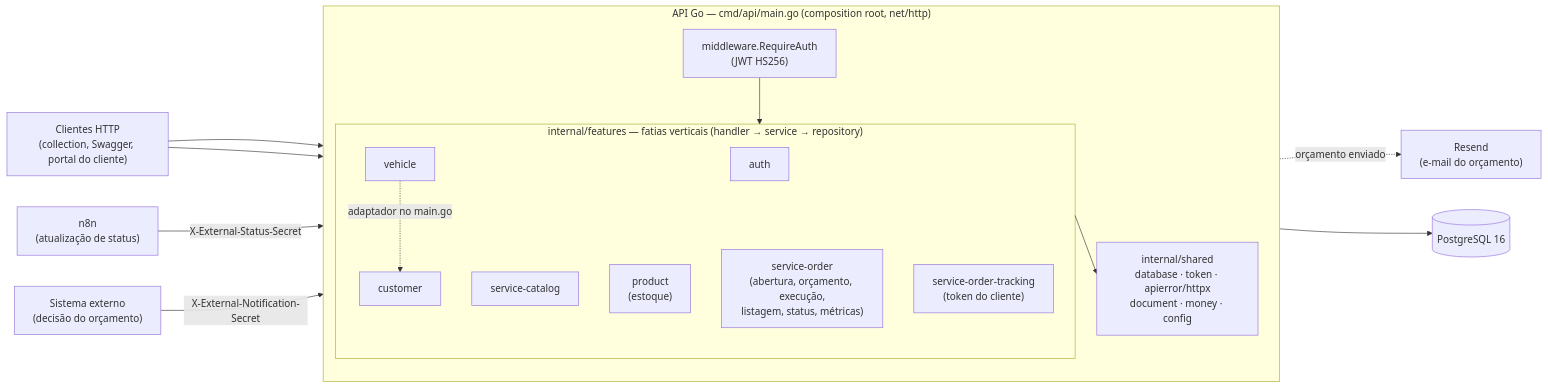
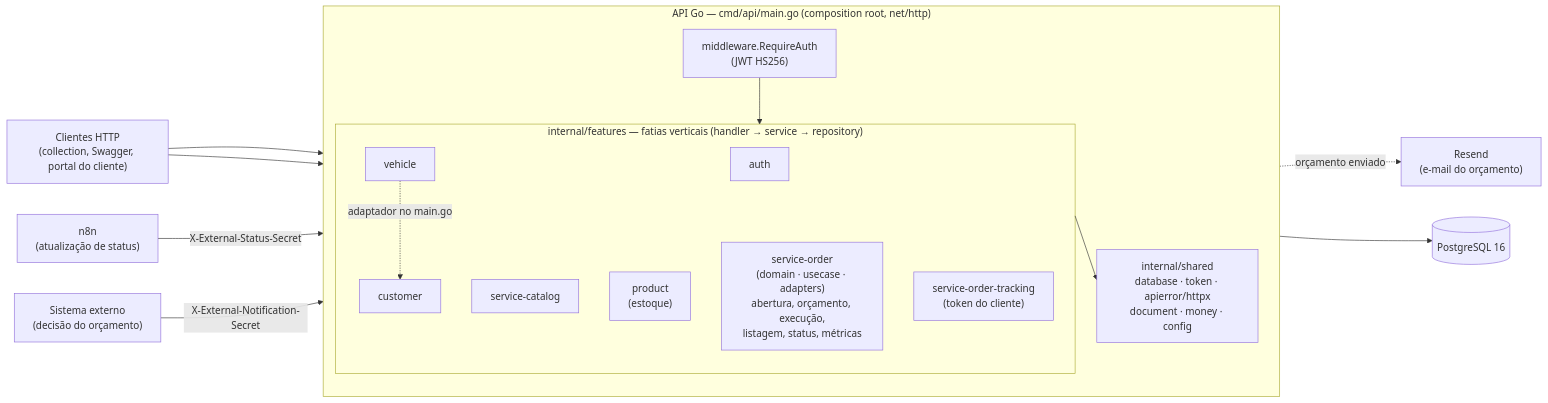
The first of 3 diagrams in README.md (Os-Fiapudos/automotive-workshop-api), drawn with Mermaid before and after one commit. The commit also changed other lines of this file, not shown here.

Commit message:
docs: update README to reflect Clean Architecture implementation in service-order module

````diff
--- a/README.md
+++ b/README.md
@@ -124,32 +122,32 @@
 ```mermaid
 flowchart LR
     client["Clientes HTTP<br/>(collection, Swagger, portal do cliente)"]
     n8n["n8n<br/>(atualização de status)"]
     ext["Sistema externo<br/>(decisão do orçamento)"]
     resend["Resend<br/>(e-mail do orçamento)"]
 
     subgraph api["API Go — cmd/api/main.go (composition root, net/http)"]
         direction TB
         mw["middleware.RequireAuth<br/>(JWT HS256)"]
         subgraph features["internal/features — fatias verticais (handler → service → repository)"]
             auth["auth"]
             customer["customer"]
             vehicle["vehicle"]
             catalog["service-catalog"]
             product["product<br/>(estoque)"]
-            order["service-order<br/>(abertura, orçamento, execução,<br/>listagem, status, métricas)"]
+            order["service-order<br/>(domain · usecase · adapters)<br/>abertura, orçamento, execução,<br/>listagem, status, métricas"]
             tracking["service-order-tracking<br/>(token do cliente)"]
         end
         shared["internal/shared<br/>database · token · apierror/httpx<br/>document · money · config"]
     end
 
     db[("PostgreSQL 16")]
 
     client --> mw --> features
     client --> tracking
     n8n -- "X-External-Status-Secret" --> order
     ext -- "X-External-Notification-Secret" --> order
     order -. "orçamento enviado" .-> resend
     vehicle -. "adaptador no main.go" .-> customer
     features --> shared --> db
 ```
````
